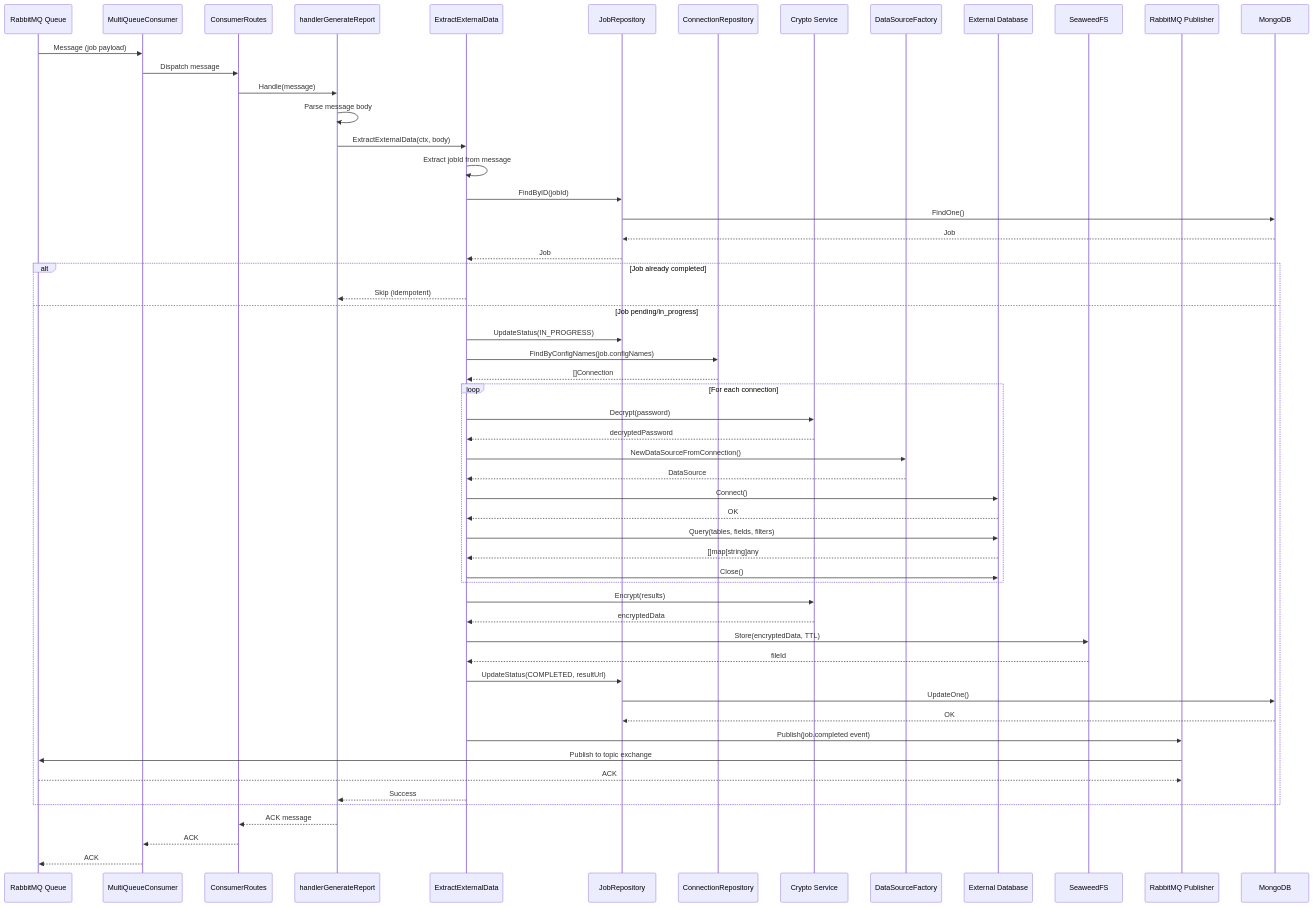
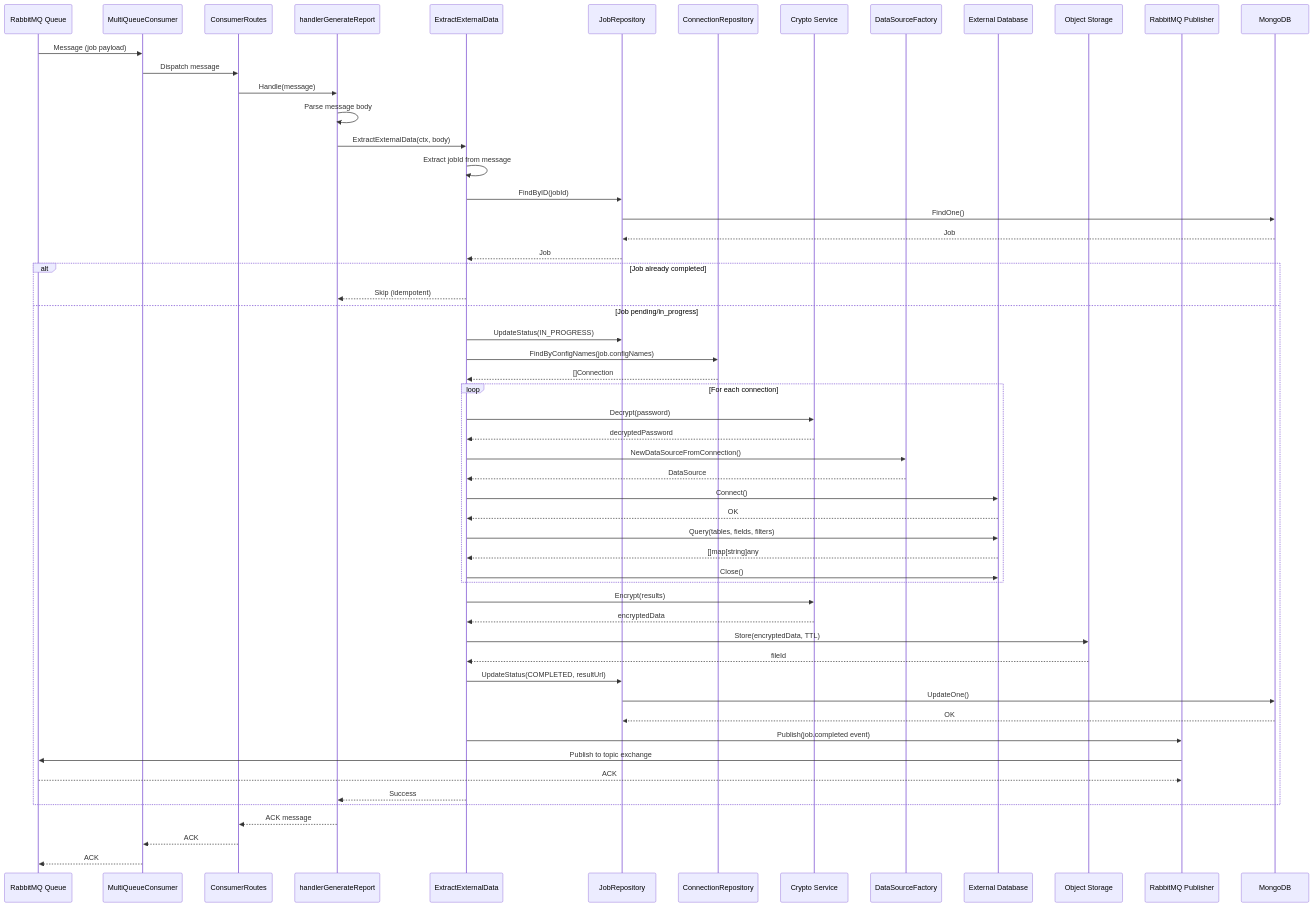
The ninth of 9 diagrams in docs/PROJECT_RULES.md (LerianStudio/fetcher), drawn with Mermaid before and after one commit. The commit also changed other lines of this file and 1 other file, not shown here.

First line of the commit message:
docs: update README and PROJECT_RULES for S3 storage abstraction :books:

````diff
--- a/docs/PROJECT_RULES.md
+++ b/docs/PROJECT_RULES.md
@@ -737,67 +749,67 @@
 ```mermaid
 sequenceDiagram
     participant RabbitMQ as RabbitMQ Queue
     participant Consumer as MultiQueueConsumer
     participant Routes as ConsumerRoutes
     participant Handler as handlerGenerateReport
     participant UseCase as ExtractExternalData
     participant JobRepo as JobRepository
     participant ConnRepo as ConnectionRepository
     participant Cryptor as Crypto Service
     participant Factory as DataSourceFactory
     participant ExternalDB as External Database
-    participant SeaweedFS
+    participant Storage as Object Storage
     participant Publisher as RabbitMQ Publisher
     participant MongoDB
 
     RabbitMQ->>Consumer: Message (job payload)
     Consumer->>Routes: Dispatch message
     Routes->>Handler: Handle(message)
     Handler->>Handler: Parse message body
     Handler->>UseCase: ExtractExternalData(ctx, body)
 
     UseCase->>UseCase: Extract jobId from message
     UseCase->>JobRepo: FindByID(jobId)
     JobRepo->>MongoDB: FindOne()
     MongoDB-->>JobRepo: Job
     JobRepo-->>UseCase: Job
 
     alt Job already completed
         UseCase-->>Handler: Skip (idempotent)
     else Job pending/in_progress
         UseCase->>JobRepo: UpdateStatus(IN_PROGRESS)
         UseCase->>ConnRepo: FindByConfigNames(job.configNames)
         ConnRepo-->>UseCase: []Connection
 
         loop For each connection
             UseCase->>Cryptor: Decrypt(password)
             Cryptor-->>UseCase: decryptedPassword
             UseCase->>Factory: NewDataSourceFromConnection()
             Factory-->>UseCase: DataSource
             UseCase->>ExternalDB: Connect()
             ExternalDB-->>UseCase: OK
             UseCase->>ExternalDB: Query(tables, fields, filters)
             ExternalDB-->>UseCase: []map[string]any
             UseCase->>ExternalDB: Close()
         end
 
         UseCase->>Cryptor: Encrypt(results)
         Cryptor-->>UseCase: encryptedData
-        UseCase->>SeaweedFS: Store(encryptedData, TTL)
-        SeaweedFS-->>UseCase: fileId
+        UseCase->>Storage: Store(encryptedData, TTL)
+        Storage-->>UseCase: fileId
 
         UseCase->>JobRepo: UpdateStatus(COMPLETED, resultUrl)
         JobRepo->>MongoDB: UpdateOne()
         MongoDB-->>JobRepo: OK
 
         UseCase->>Publisher: Publish(job.completed event)
         Publisher->>RabbitMQ: Publish to topic exchange
         RabbitMQ-->>Publisher: ACK
 
         UseCase-->>Handler: Success
     end
 
     Handler-->>Routes: ACK message
     Routes-->>Consumer: ACK
     Consumer-->>RabbitMQ: ACK
 ```
````
